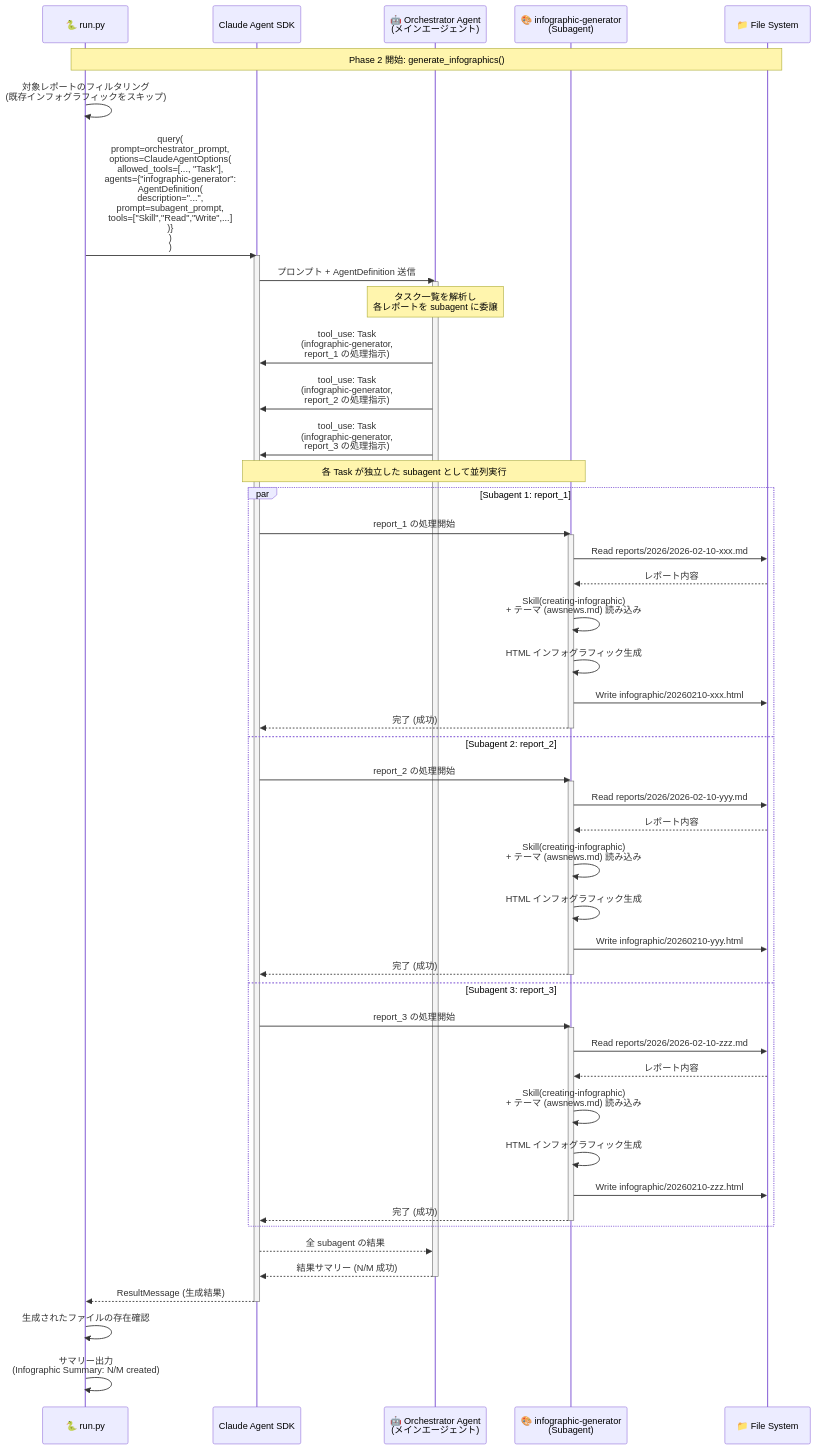
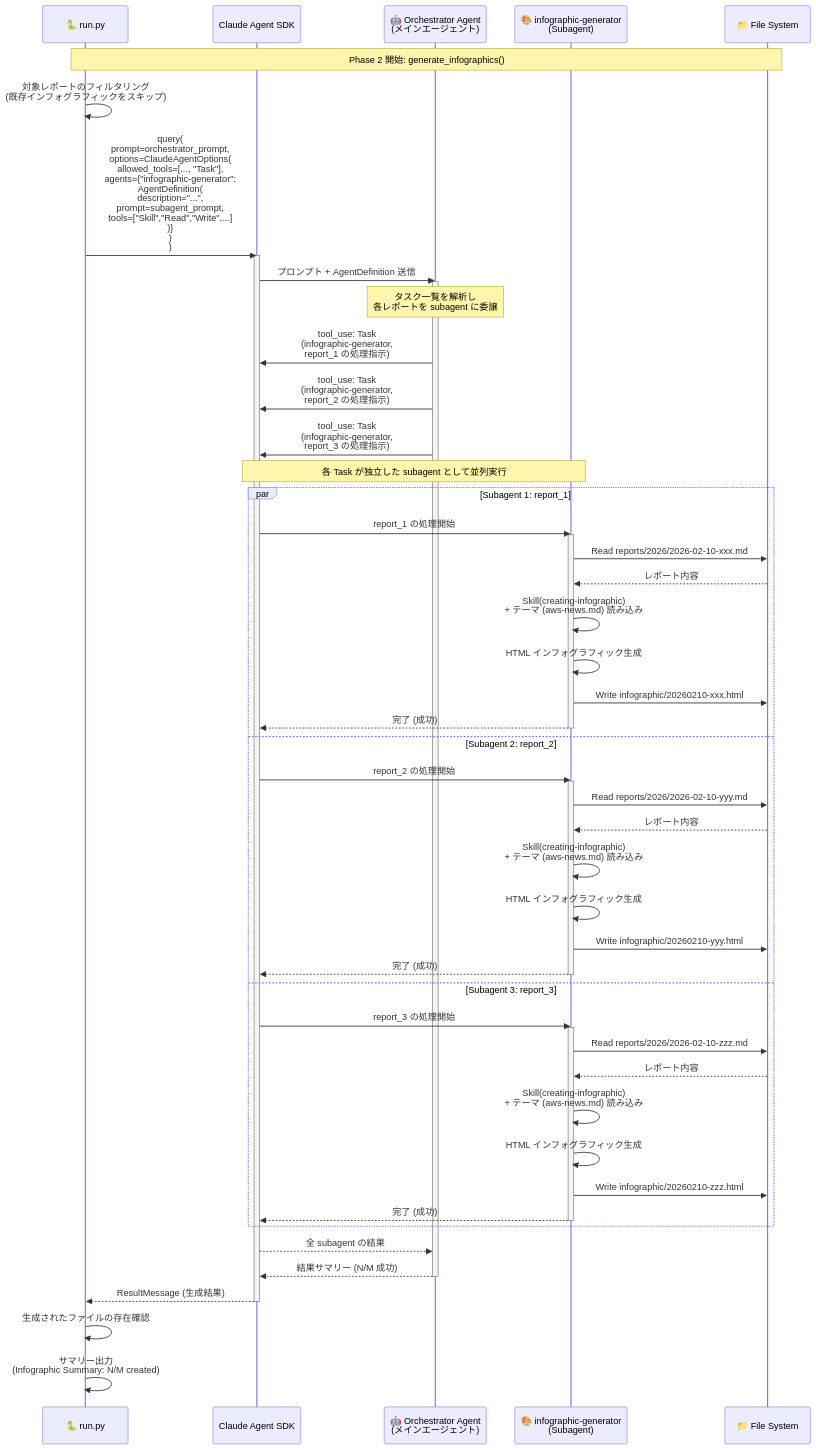
One commit to takech9203/awsnews-summary changed the fourth of 4 diagrams in README.md. Above: the diagram before and after it, drawn with Mermaid. The commit also changed other lines of this file and 17 other files, not shown here.

First line of the commit message:
refactor: rename skill directory from awsnews-summary to aws-news-summary

````diff
--- a/README.md
+++ b/README.md
@@ -405,68 +405,68 @@
 ```mermaid
 sequenceDiagram
     participant RunPy as 🐍 run.py
     participant SDK as Claude Agent SDK
     participant Orch as 🤖 Orchestrator Agent<br/>(メインエージェント)
     participant Sub as 🎨 infographic-generator<br/>(Subagent)
     participant FS as 📁 File System
 
     Note over RunPy,FS: Phase 2 開始: generate_infographics()
 
     RunPy->>RunPy: 対象レポートのフィルタリング<br/>(既存インフォグラフィックをスキップ)
 
     RunPy->>SDK: query(<br/>  prompt=orchestrator_prompt,<br/>  options=ClaudeAgentOptions(<br/>    allowed_tools=[..., "Task"],<br/>    agents={"infographic-generator":<br/>      AgentDefinition(<br/>        description="...",<br/>        prompt=subagent_prompt,<br/>        tools=["Skill","Read","Write",...]<br/>      )}<br/>  )<br/>)
     activate SDK
 
     SDK->>Orch: プロンプト + AgentDefinition 送信
     activate Orch
 
     Note over Orch: タスク一覧を解析し<br/>各レポートを subagent に委譲
 
     Orch->>SDK: tool_use: Task<br/>(infographic-generator,<br/>report_1 の処理指示)
     Orch->>SDK: tool_use: Task<br/>(infographic-generator,<br/>report_2 の処理指示)
     Orch->>SDK: tool_use: Task<br/>(infographic-generator,<br/>report_3 の処理指示)
 
     Note over SDK,Sub: 各 Task が独立した subagent として並列実行
 
     par Subagent 1: report_1
         SDK->>Sub: report_1 の処理開始
         activate Sub
         Sub->>FS: Read reports/2026/2026-02-10-xxx.md
         FS-->>Sub: レポート内容
-        Sub->>Sub: Skill(creating-infographic)<br/>+ テーマ (awsnews.md) 読み込み
+        Sub->>Sub: Skill(creating-infographic)<br/>+ テーマ (aws-news.md) 読み込み
         Sub->>Sub: HTML インフォグラフィック生成
         Sub->>FS: Write infographic/20260210-xxx.html
         Sub-->>SDK: 完了 (成功)
         deactivate Sub
     and Subagent 2: report_2
         SDK->>Sub: report_2 の処理開始
         activate Sub
         Sub->>FS: Read reports/2026/2026-02-10-yyy.md
         FS-->>Sub: レポート内容
-        Sub->>Sub: Skill(creating-infographic)<br/>+ テーマ (awsnews.md) 読み込み
+        Sub->>Sub: Skill(creating-infographic)<br/>+ テーマ (aws-news.md) 読み込み
         Sub->>Sub: HTML インフォグラフィック生成
         Sub->>FS: Write infographic/20260210-yyy.html
         Sub-->>SDK: 完了 (成功)
         deactivate Sub
     and Subagent 3: report_3
         SDK->>Sub: report_3 の処理開始
         activate Sub
         Sub->>FS: Read reports/2026/2026-02-10-zzz.md
         FS-->>Sub: レポート内容
-        Sub->>Sub: Skill(creating-infographic)<br/>+ テーマ (awsnews.md) 読み込み
+        Sub->>Sub: Skill(creating-infographic)<br/>+ テーマ (aws-news.md) 読み込み
         Sub->>Sub: HTML インフォグラフィック生成
         Sub->>FS: Write infographic/20260210-zzz.html
         Sub-->>SDK: 完了 (成功)
         deactivate Sub
     end
 
     SDK-->>Orch: 全 subagent の結果
     Orch-->>SDK: 結果サマリー (N/M 成功)
     deactivate Orch
 
     SDK-->>RunPy: ResultMessage (生成結果)
     deactivate SDK
 
     RunPy->>RunPy: 生成されたファイルの存在確認
     RunPy->>RunPy: サマリー出力<br/>(Infographic Summary: N/M created)
 ```
````
